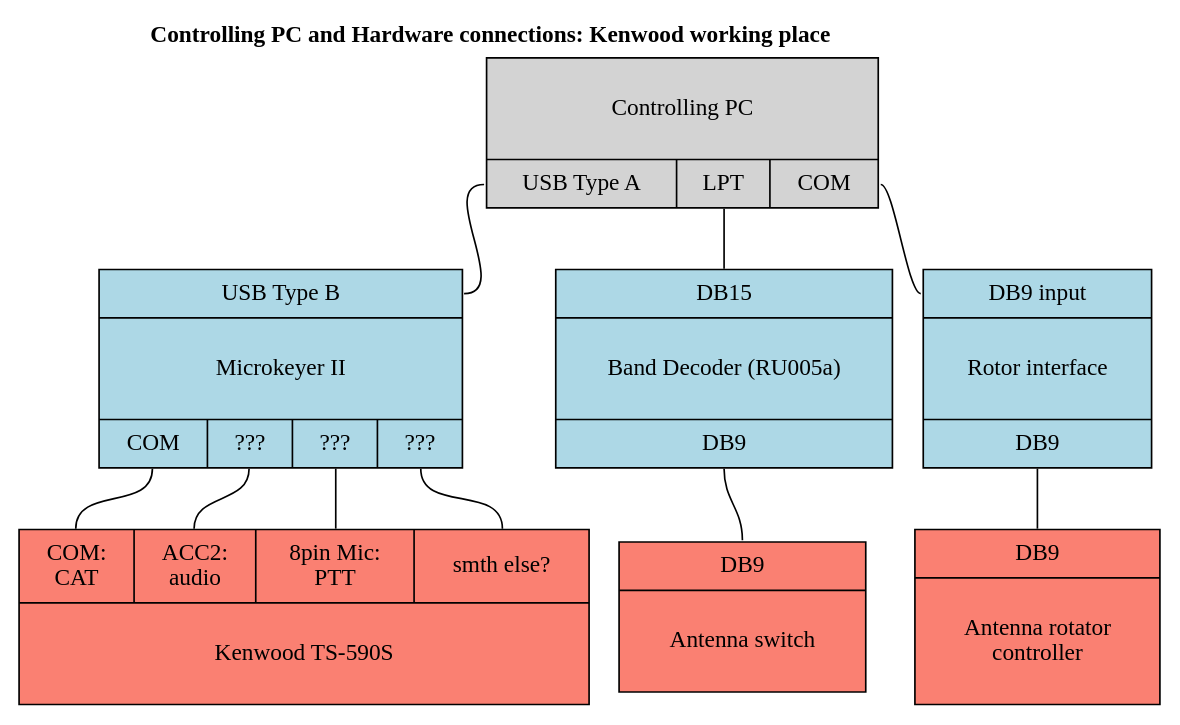
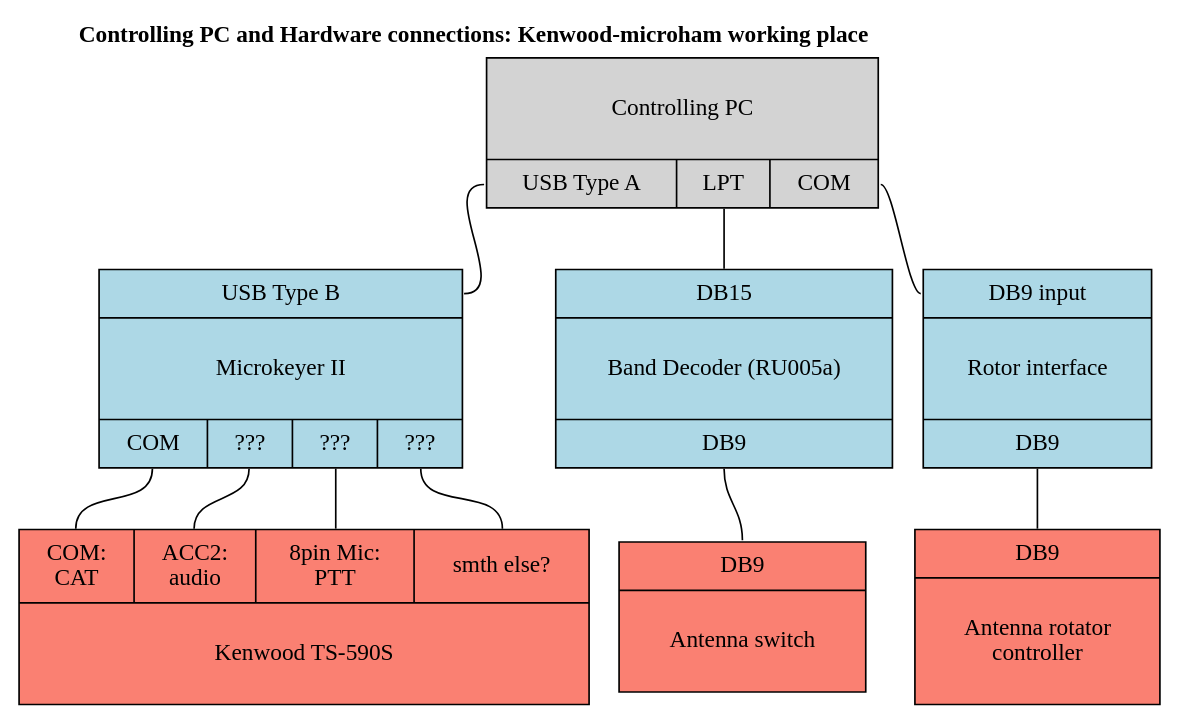
Before and after one commit to isemichastnov/hamradio: the diagram in rk5d-remote/kenwood-via-microham/gv/hw.gv, drawn with Graphviz. The commit also changed 36 other files, not shown here.

```diff
--- a/rk5d-remote/kenwood-via-microham/gv/hw.gv
+++ b/rk5d-remote/kenwood-via-microham/gv/hw.gv
@@ -1,35 +1,35 @@
 digraph Arch {
     node [shape = rect, margin = "0.2,0.1"]
     edge [arrowhead = none]
     labelloc = top
 
-    label = <<b>Controlling PC and Hardware connections: Kenwood working place</b>>
+    label = <<b>Controlling PC and Hardware connections: Kenwood-microham working place</b>>
 
     pc [shape = record, style = filled, label = "{ \nControlling PC\n\r | { <usbA>USB Type A |  <lpt>LPT | <com>COM } }"]
 
     microham [shape = record, style = filled, fillcolor = lightblue, label = "{ <usbB>USB Type B | \nMicrokeyer II\n\r |  { <com>COM | <smth>??? | <smth2>??? | <smth3> ???} }"];
 
     ru005 [shape = record, style = filled, fillcolor = lightblue, label = "{<db15> DB15 | \nBand Decoder (RU005a)\n\r | <db9>DB9 }"]
 
     rotorController [shape = record, style = filled, fillcolor = lightblue, label = "{<input> DB9 input | \nRotor interface\n\r | <output>DB9 }"] //todo check if it's really connected to COM or is it an internal device?
 
     kenwood [shape = record, style = filled, fillcolor = salmon, label = "{ { <com>COM:\nCAT | <acc2>ACC2:\naudio | <mic>8pin Mic:\nPTT | <smth> smth else? }  | \nKenwood TS-590S\n\r }"];
 
     antennaSwitch [shape = record, style = filled, fillcolor = salmon, label = "{ <db9>DB9 | \n Antenna switch \n\r }"]
 
     rotor [shape = record, style = filled, fillcolor = salmon, label = "{ <input>DB9 | \n Antenna rotator\ncontroller \n\r }"]
 
     //////////
 
     pc: usbA -> microham: usbB
     pc: lpt -> ru005: db15
     pc: com -> rotorController:input
     microham: com -> kenwood: com
     microham: smth -> kenwood: acc2 //TODO check if there's smth else not just audio
     microham: smth2 -> kenwood: mic //TODO
     microham: smth3 -> kenwood: smth //TODO
     ru005: db9 -> antennaSwitch: db9
     rotorController:output -> rotor:input
 
 
 }
```
